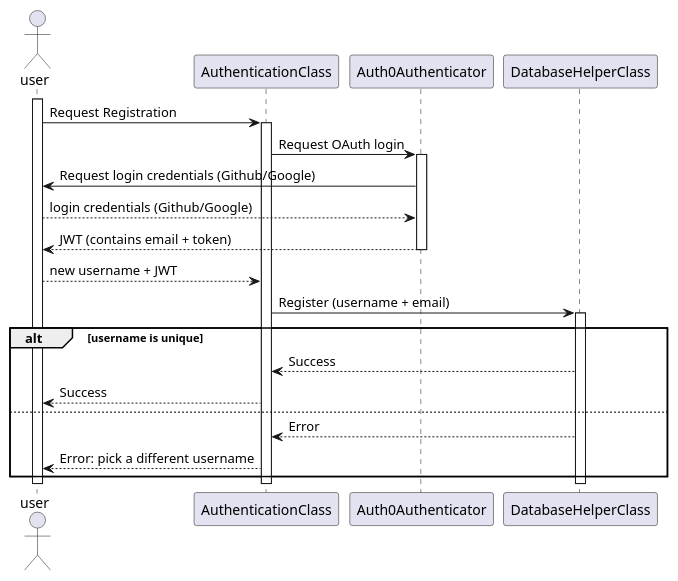
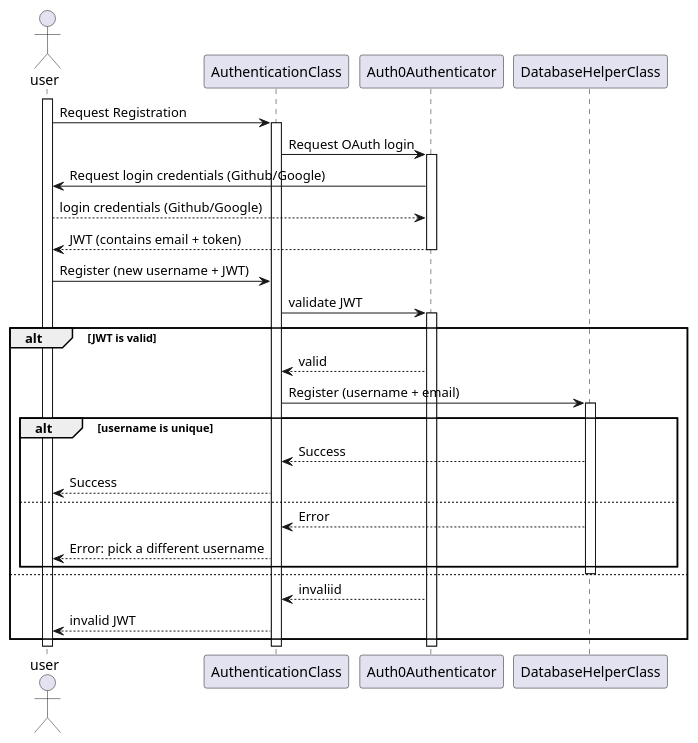
Before and after one commit to PolyPong/PolyPong: the diagram in doc/sequencediagrams/fr1.puml, drawn with PlantUML.

Commit message:
update fr1sequence

```diff
--- a/doc/sequencediagrams/fr1.puml
+++ b/doc/sequencediagrams/fr1.puml
@@ -1,59 +1,69 @@
 @startuml
 
 actor user
 
 participant AuthenticationClass as a
 participant Auth0Authenticator as auth0
 participant DatabaseHelperClass as db
 
 
 'activate user
 ''        user -> a: Registration Request
 ''        activate a
 ''                a -> user: Request username
 ''                alt username unique and accepted
 ''                a --> user: Username accepted
 ''                        a -> auth0: Request OAuth Login
 ''                        auth0 -> user: Request Authentication (Google/GitHub)
 ''                        user --> auth0: authentication credentials (Google/Github)
 ''                        a -> db: Save user information
 ''                        activate db
 ''                                db --> a: Success
 ''                                deactivate db
 ''                        auth0 --> a: email
 ''                        a --> a: token
 ''                        a --> user: Success
 ''                deactivate a
 ''        else
 ''                a --> user: Username already in use, try a different one
 'deactivate user
 '
 activate user
         user -> a: Request Registration
         activate a
                 a -> auth0: Request OAuth login
                 activate auth0
                         auth0 -> user: Request login credentials (Github/Google)
                         user --> auth0: login credentials (Github/Google)
                         auth0 --> user: JWT (contains email + token)
                 deactivate auth0
-                user --> a: new username + JWT
-                a -> db: Register (username + email)
-                activate db
-                        alt username is unique
-                                db --> a: Success
-                                a --> user: Success
-                        else
-                                db --> a: Error
-                                a --> user: Error: pick a different username
+                user -> a: Register (new username + JWT)
+                a -> auth0: validate JWT
+                activate auth0
+                alt JWT is valid
+                        auth0 --> a: valid
+                        a -> db: Register (username + email)
+                        activate db
+                                alt username is unique
+                                        db --> a: Success
+                                        a --> user: Success
+                                else
+                                        db --> a: Error
+                                        a --> user: Error: pick a different username
+                                end
+                        deactivate db
+                else
+                        auth0 --> a: invaliid
+                        a --> user: invalid JWT
                         end
-                deactivate db
+                        deactivate auth0
+                
                 deactivate a
 deactivate user
 
         
 
 
                 
                 
 @enduml
```
